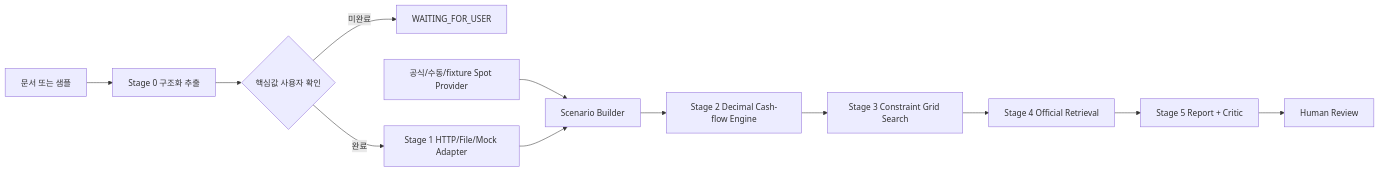
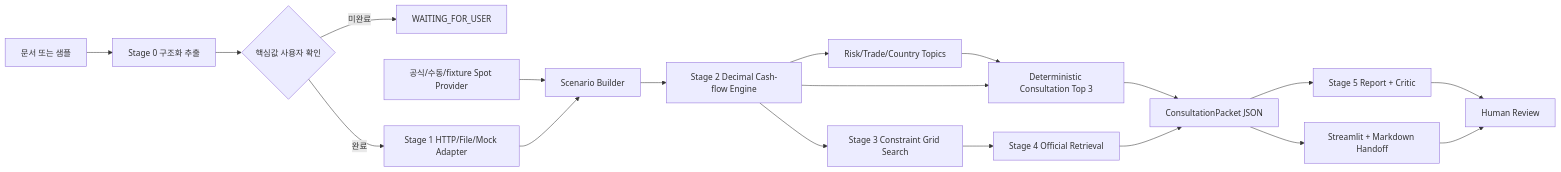
The diagram in docs/ARCHITECTURE.md (MinchoLover/KBaiAgent), drawn with Mermaid before and after one commit. The commit also changed other lines of this file and 19 other files, not shown here.

````diff
--- a/docs/ARCHITECTURE.md
+++ b/docs/ARCHITECTURE.md
@@ -10,14 +10,21 @@
 ```mermaid
 flowchart LR
     D[문서 또는 샘플] --> E[Stage 0 구조화 추출]
     E --> H{핵심값 사용자 확인}
     H -->|미완료| W[WAITING_FOR_USER]
     H -->|완료| F[Stage 1 HTTP/File/Mock Adapter]
     S[공식/수동/fixture Spot Provider] --> B[Scenario Builder]
     F --> B
     B --> C[Stage 2 Decimal Cash-flow Engine]
+    C --> T[Risk/Trade/Country Topics]
+    T --> Q[Deterministic Consultation Top 3]
+    C --> Q
+    Q --> K[ConsultationPacket JSON]
     C --> O[Stage 3 Constraint Grid Search]
     O --> R[Stage 4 Official Retrieval]
-    R --> P[Stage 5 Report + Critic]
+    R --> K
+    K --> P[Stage 5 Report + Critic]
+    K --> M[Streamlit + Markdown Handoff]
     P --> V[Human Review]
+    M --> V
 ```
````
